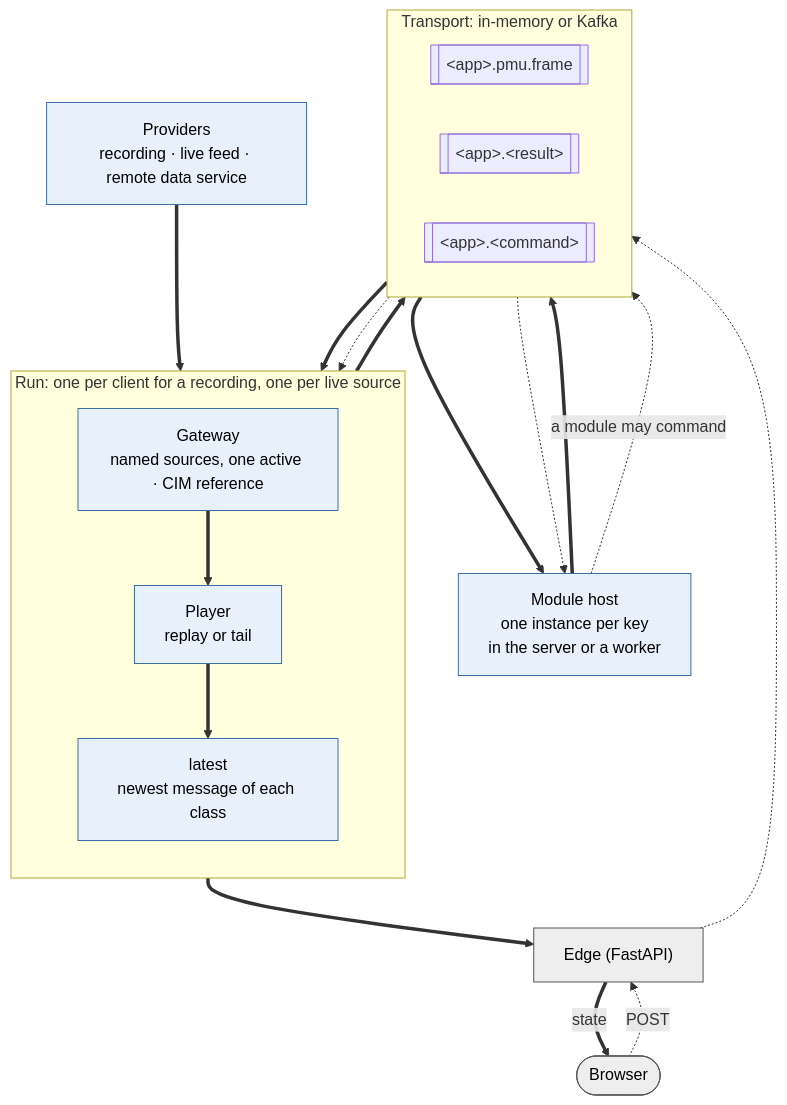
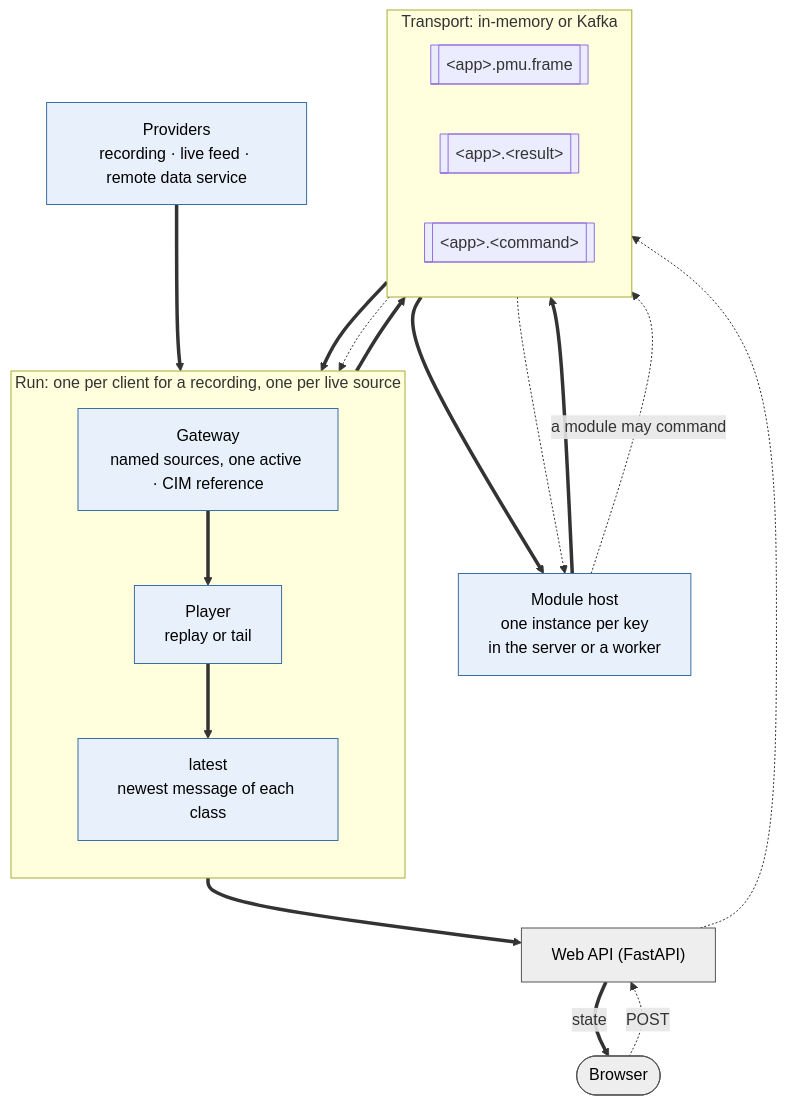
The diagram in doc/server-data-architecture.md (p-swamp/p-SWAMP), drawn with Mermaid before and after one commit. The commit also changed other lines of this file and 12 other files, not shown here.

````diff
--- a/doc/server-data-architecture.md
+++ b/doc/server-data-architecture.md
@@ -62,30 +76,30 @@
 ```mermaid
 flowchart TB
     classDef data fill:#e8f1fb,stroke:#3b6ea5,color:#000
-    classDef edge fill:#eeeeee,stroke:#555,color:#000
+    classDef web fill:#eeeeee,stroke:#555,color:#000
 
     sources["Providers<br/>recording · live feed · remote data service"]:::data
     subgraph run["Run: one per client for a recording, one per live source"]
         direction TB
         gw["Gateway<br/>named sources, one active · CIM reference"]:::data
         player["Player<br/>replay or tail"]:::data
         latest["latest<br/>newest message of each class"]:::data
     end
     subgraph transport["Transport: in-memory or Kafka"]
         direction LR
         frames[["&lt;app&gt;.pmu.frame"]]
         results[["&lt;app&gt;.&lt;result&gt;"]]
         commands[["&lt;app&gt;.&lt;command&gt;"]]
     end
     host["Module host<br/>one instance per key<br/>in the server or a worker"]:::data
-    edge["Edge (FastAPI)"]:::edge
-    browser(["Browser"]):::edge
+    api["Web API (FastAPI)"]:::web
+    browser(["Browser"]):::web
 
     sources ==> gw ==> player ==> frames ==> host ==> results ==> latest
-    player ==> latest ==> edge ==>|"state"| browser
+    player ==> latest ==> api ==>|"state"| browser
 
-    browser -.->|"POST"| edge -.-> commands
+    browser -.->|"POST"| api -.-> commands
     host -.->|"a module may command"| commands
     commands -.-> player
     commands -.-> host
 ```
````
